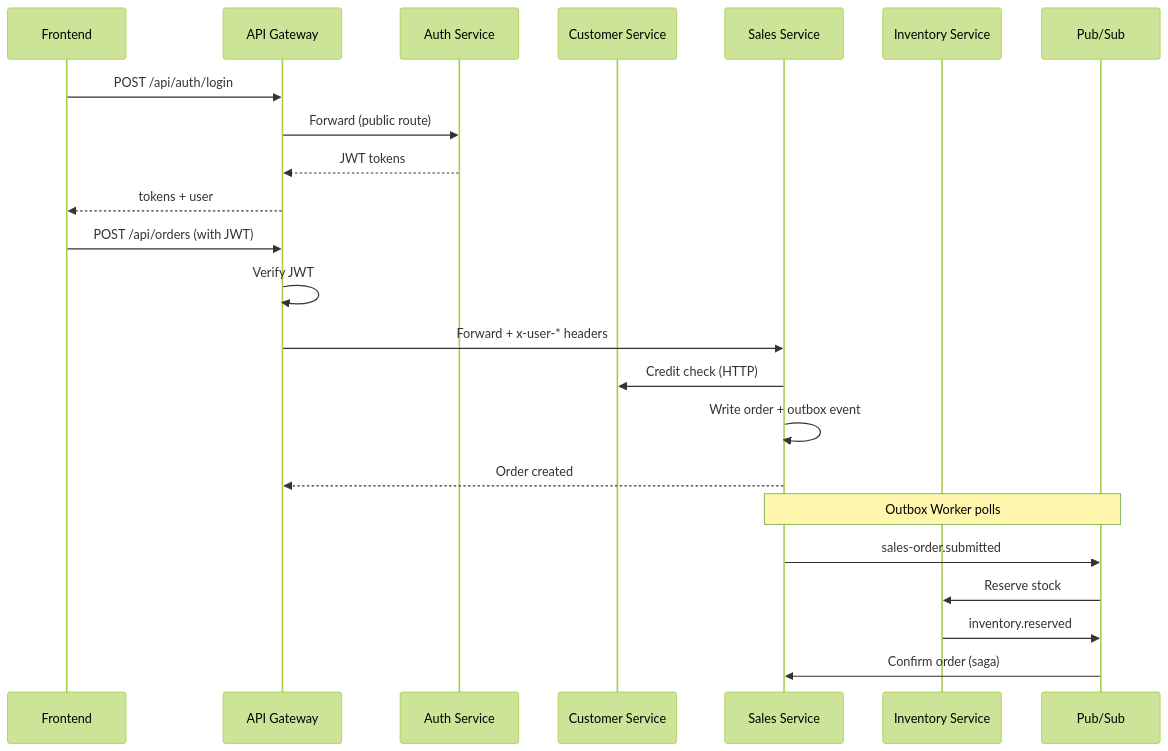
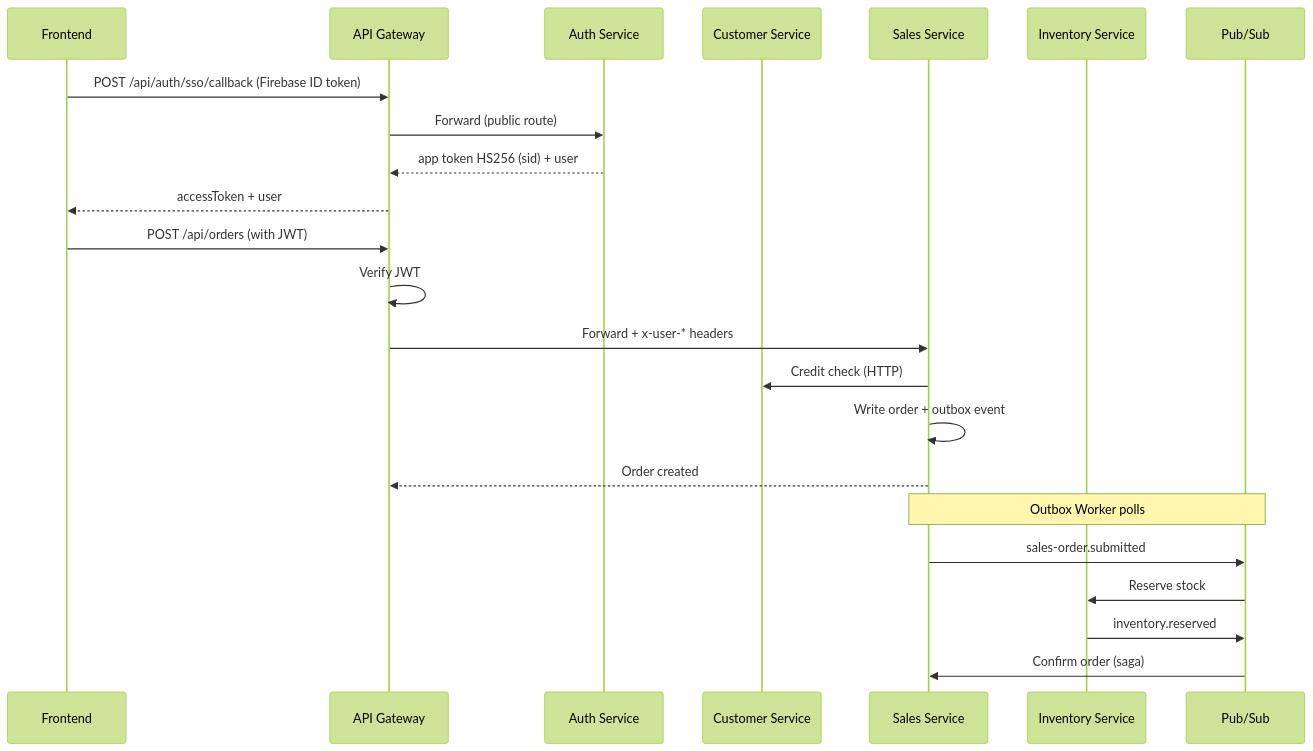
The diagram in docs/technical-review.md (ndmthuan97/ERP-Prototype-Example), drawn with Mermaid (forest theme) before and after one commit. The commit also changed other lines of this file and 200 other files, not shown here.

First line of the commit message:
feat(auth): integrate Google sign-in with Firebase Identity Platform

````diff
--- a/docs/technical-review.md
+++ b/docs/technical-review.md
@@ -72,28 +78,28 @@
 ```mermaid
 sequenceDiagram
     participant FE as Frontend
     participant GW as API Gateway
     participant Auth as Auth Service
     participant CS as Customer Service
     participant SS as Sales Service
     participant IS as Inventory Service
     participant PS as Pub/Sub
 
-    FE->>GW: POST /api/auth/login
+    FE->>GW: POST /api/auth/sso/callback (Firebase ID token)
     GW->>Auth: Forward (public route)
-    Auth-->>GW: JWT tokens
-    GW-->>FE: tokens + user
+    Auth-->>GW: app token HS256 (sid) + user
+    GW-->>FE: accessToken + user
 
     FE->>GW: POST /api/orders (with JWT)
     GW->>GW: Verify JWT
     GW->>SS: Forward + x-user-* headers
     SS->>CS: Credit check (HTTP)
     SS->>SS: Write order + outbox event
     SS-->>GW: Order created
 
     Note over SS,PS: Outbox Worker polls
     SS->>PS: sales-order.submitted
     PS->>IS: Reserve stock
     IS->>PS: inventory.reserved
     PS->>SS: Confirm order (saga)
 ```
````
